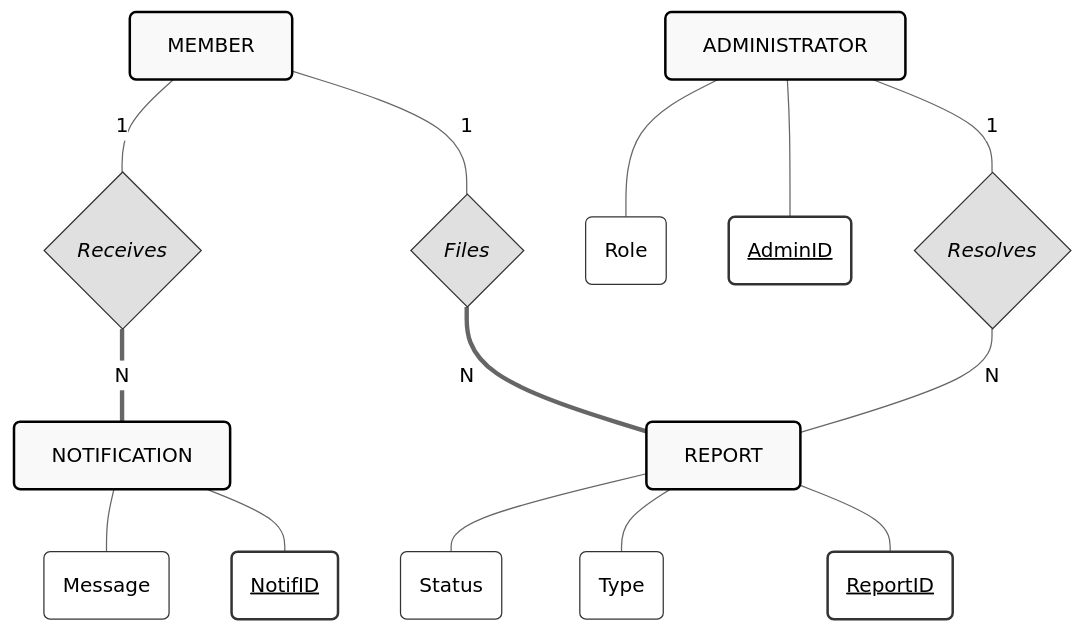
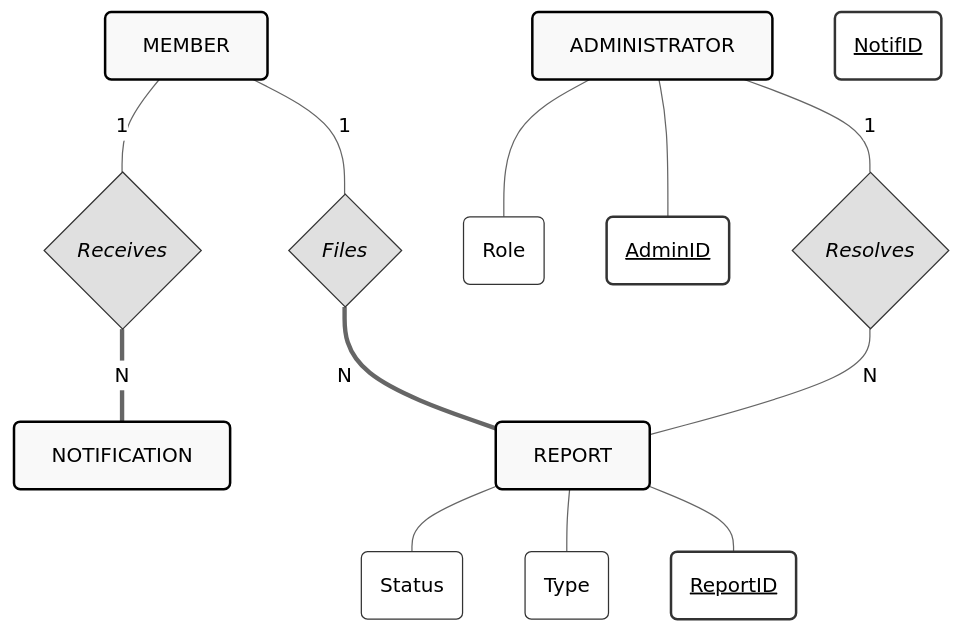
One commit to Zeenu03/Campus_Trading_App changed the sixth of 6 diagrams in Assignment_1/ER_Diagrams_Mermaid.md. Above: the diagram before and after it, drawn with Mermaid (neutral theme). The commit also changed other lines of this file, not shown here.

````diff
--- a/Assignment_1/ER_Diagrams_Mermaid.md
+++ b/Assignment_1/ER_Diagrams_Mermaid.md
@@ -973,43 +471,40 @@
 ```mermaid
 flowchart TD
-    classDef entity fill:#f9f9f9,stroke:#000,stroke-width:2px,rx:5,ry:5;
-    classDef relation fill:#e0e0e0,stroke:#333,stroke-width:1px,shape:rhombus,font-style:italic;
-    classDef attr fill:#fff,stroke:#333,stroke-width:1px,shape:ellipse;
-    classDef pk fill:#fff,stroke:#333,stroke-width:2px,shape:ellipse,text-decoration:underline;
+        classDef entity fill:#f9f9f9,stroke:#000,stroke-width:2px,rx:5,ry:5;
+        classDef relation fill:#e0e0e0,stroke:#333,stroke-width:1px,shape:rhombus,font-style:italic;
+        classDef attr fill:#fff,stroke:#333,stroke-width:1px,shape:ellipse;
+        classDef pk fill:#fff,stroke:#333,stroke-width:2px,shape:ellipse,text-decoration:underline;
 
-    %% ENTITIES
-    MEMBER[MEMBER]:::entity
-    ADMIN[ADMINISTRATOR]:::entity
-    REP[REPORT]:::entity
-    NOTIF[NOTIFICATION]:::entity
+        %% ENTITIES
+        MEMBER[MEMBER]:::entity
+        ADMIN[ADMINISTRATOR]:::entity
+        REP[REPORT]:::entity
+        NOTIF[NOTIFICATION]:::entity
 
-    %% RELATIONSHIPS
-    FILES{Files}:::relation
-    RES{Resolves}:::relation
-    GETS{Receives}:::relation
+        %% RELATIONSHIPS
+        FILES{Files}:::relation
+        RES{Resolves}:::relation
+        GETS{Receives}:::relation
 
-    %% CONNECTIONS
-    MEMBER ---|1| FILES
-    FILES ===|N| REP
+        %% CONNECTIONS
+        MEMBER ---|1| FILES
+        FILES ===|N| REP
 
-    ADMIN ---|1| RES
-    RES ---|N| REP
+        ADMIN ---|1| RES
+        RES ---|N| REP
 
-    MEMBER ---|1| GETS
-    GETS ===|N| NOTIF
+        MEMBER ---|1| GETS
+        GETS ===|N| NOTIF
 
-    %% ATTRIBUTES
-    Rp_ID(<u>ReportID</u>):::pk
-    Rp_Type(Type):::attr
-    Rp_Stat(Status):::attr
-    REP --- Rp_ID & Rp_Type & Rp_Stat
+        %% ATTRIBUTES
+        Rp_ID(<u>ReportID</u>):::pk
+        Rp_Type(Type):::attr
+        Rp_Stat(Status):::attr
+        REP --- Rp_ID & Rp_Type & Rp_Stat
 
-    A_ID(<u>AdminID</u>):::pk
-    A_Role(Role):::attr
-    ADMIN --- A_ID & A_Role
+        A_ID(<u>AdminID</u>):::pk
+        A_Role(Role):::attr
+        ADMIN --- A_ID & A_Role
 
-    N_ID(<u>NotifID</u>):::pk
-    N_Msg(Message):::attr
-    NOTIF --- N_ID & N_Msg
-
+        N_ID(<u>NotifID</u>):::pk
 ```
````
